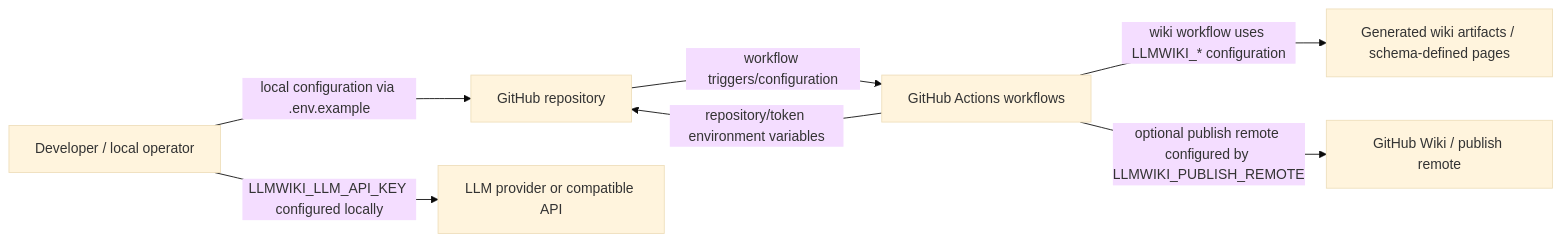
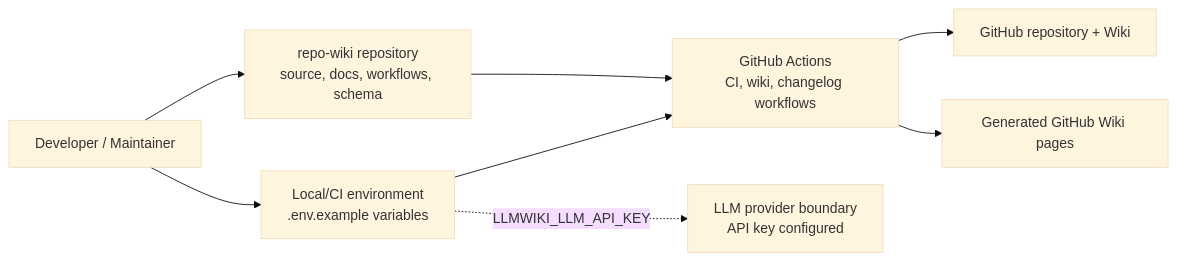
Before and after one commit to mfittko/repo-wiki: the first of 3 diagrams in Architecture.md, drawn with Mermaid (base theme). The commit also changed other lines of this file and 46 other files, not shown here.

Commit message:
Compile repository wiki 2026-06-12T23:57:16.482Z

````diff
--- a/Architecture.md
+++ b/Architecture.md
@@ -50,16 +57,18 @@
 ```mermaid
 flowchart LR
-  Developer["Developer / local operator"]
-  GitHubRepo["GitHub repository"]
-  GitHubActions["GitHub Actions workflows"]
-  GitHubWiki["GitHub Wiki / publish remote"]
-  LLMProvider["LLM provider or compatible API"]
-  WikiArtifacts["Generated wiki artifacts / schema-defined pages"]
+    Developer["Developer / Maintainer"]
+    Repo["repo-wiki repository<br/>source, docs, workflows, schema"]
+    Env["Local/CI environment<br/>.env.example variables"]
+    Actions["GitHub Actions<br/>CI, wiki, changelog workflows"]
+    GitHub["GitHub repository + Wiki"]
+    LLM["LLM provider boundary<br/>API key configured"]
+    Wiki["Generated GitHub Wiki pages"]
 
-  Developer -->|local configuration via .env.example| GitHubRepo
-  GitHubRepo -->|workflow triggers/configuration| GitHubActions
-  GitHubActions -->|wiki workflow uses LLMWIKI_* configuration| WikiArtifacts
-  GitHubActions -->|optional publish remote configured by LLMWIKI_PUBLISH_REMOTE| GitHubWiki
-  Developer -->|LLMWIKI_LLM_API_KEY configured locally| LLMProvider
-  GitHubActions -->|repository/token environment variables| GitHubRepo
+    Developer --> Repo
+    Developer --> Env
+    Repo --> Actions
+    Env --> Actions
+    Actions --> GitHub
+    Actions --> Wiki
+    Env -. "LLMWIKI_LLM_API_KEY" .-> LLM
 ```
````
